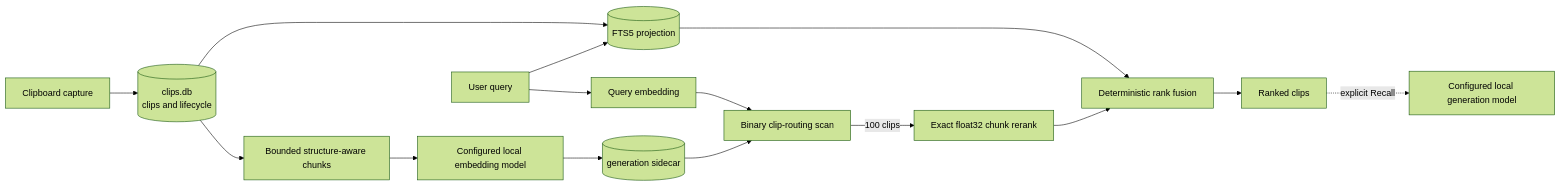
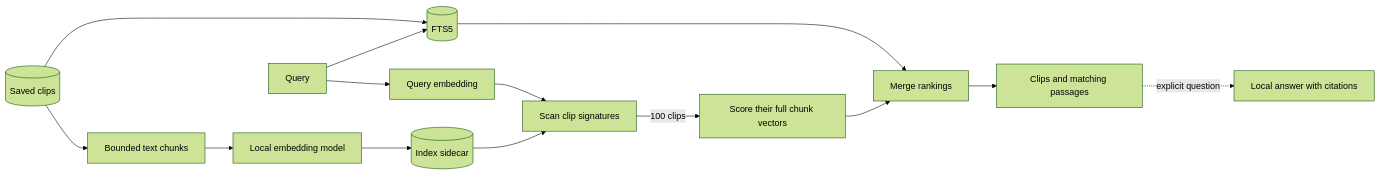
One commit to azure06/clipsx changed the first of 2 diagrams in docs/SEMANTIC_SEARCH_ARCHITECTURE.md. Above: the diagram before and after it, drawn with Mermaid (forest theme). The commit also changed other lines of this file and 132 other files, not shown here.

````diff
--- a/docs/SEMANTIC_SEARCH_ARCHITECTURE.md
+++ b/docs/SEMANTIC_SEARCH_ARCHITECTURE.md
@@ -51,17 +20,16 @@
 ```mermaid
 flowchart LR
-    Capture[Clipboard capture] --> Canonical[(clips.db<br/>clips and lifecycle)]
-    Canonical --> FTS[(FTS5 projection)]
-    Canonical --> Chunk[Bounded structure-aware chunks]
-    Chunk --> Embed[Configured local embedding model]
-    Embed --> Sidecar[(generation sidecar)]
-    Query[User query] --> FTS
-    Query --> QueryEmbedding[Query embedding]
-    QueryEmbedding --> Route[Binary clip-routing scan]
-    Sidecar --> Route
-    Route -->|100 clips| Rerank[Exact float32 chunk rerank]
-    FTS --> Fuse[Deterministic rank fusion]
-    Rerank --> Fuse
-    Fuse --> Results[Ranked clips]
-    Results -. explicit Recall .-> LLM[Configured local generation model]
+    Clips[(Saved clips)] --> FTS[(FTS5)]
+    Clips --> Chunk[Bounded text chunks]
+    Chunk --> Embed[Local embedding model]
+    Embed --> Index[(Index sidecar)]
+    Query[Query] --> FTS
+    Query --> QE[Query embedding]
+    QE --> Route[Scan clip signatures]
+    Index --> Route
+    Route -->|100 clips| Rerank[Score their full chunk vectors]
+    FTS --> Merge[Merge rankings]
+    Rerank --> Merge
+    Merge --> Results[Clips and matching passages]
+    Results -. explicit question .-> Recall[Local answer with citations]
 ```
````
